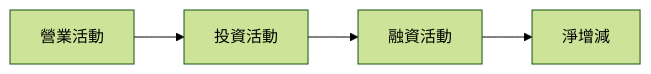
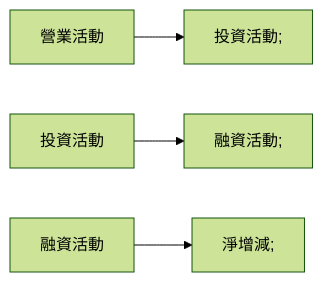
Before and after one commit to yennanliu/finance_data: the seventh of 11 diagrams in ai_gen_report/stock/onds/fundamental_analysis_2026-03-27_openai.md, drawn with Mermaid (forest theme). The commit also changed other lines of this file and 2258 other files, not shown here.

First line of the commit message:
chore: backfill Mermaid syntax repair across existing reports

````diff
--- a/ai_gen_report/stock/onds/fundamental_analysis_2026-03-27_openai.md
+++ b/ai_gen_report/stock/onds/fundamental_analysis_2026-03-27_openai.md
@@ -183,6 +183,6 @@
   ```mermaid
   graph LR;
-      營業活動 --> 投資活動;
-      投資活動 --> 融資活動;
-      融資活動 --> 淨增減;
+      營業活動 --> nb1["投資活動;"]
+      投資活動 --> nb2["融資活動;"]
+      融資活動 --> nb3["淨增減;"]
   ```
````
